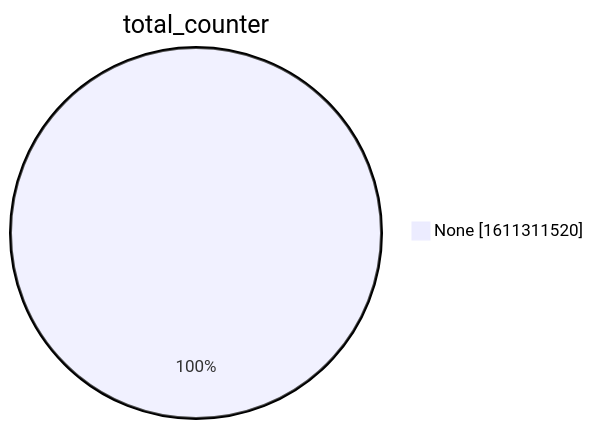
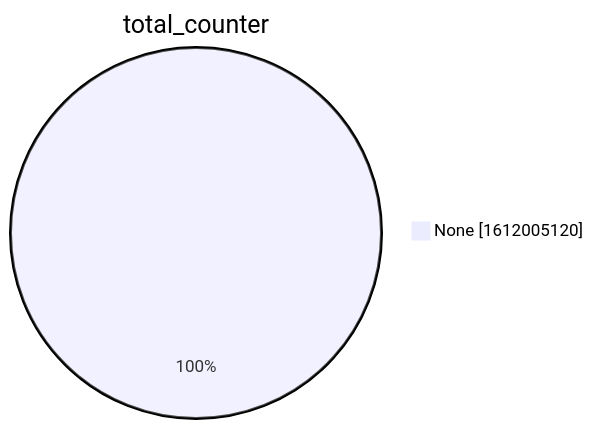
The second of 15 diagrams in xenon2022/README.md (christiankrug/ctmonitor_visualization), drawn with Mermaid before and after one commit. The commit also changed other lines of this file, not shown here.

````diff
--- a/xenon2022/README.md
+++ b/xenon2022/README.md
@@ -9,5 +9,5 @@
 ```mermaid
 pie showData
 title total_counter
-"None" :1611311520
+"None" :1612005120
 ```
````
